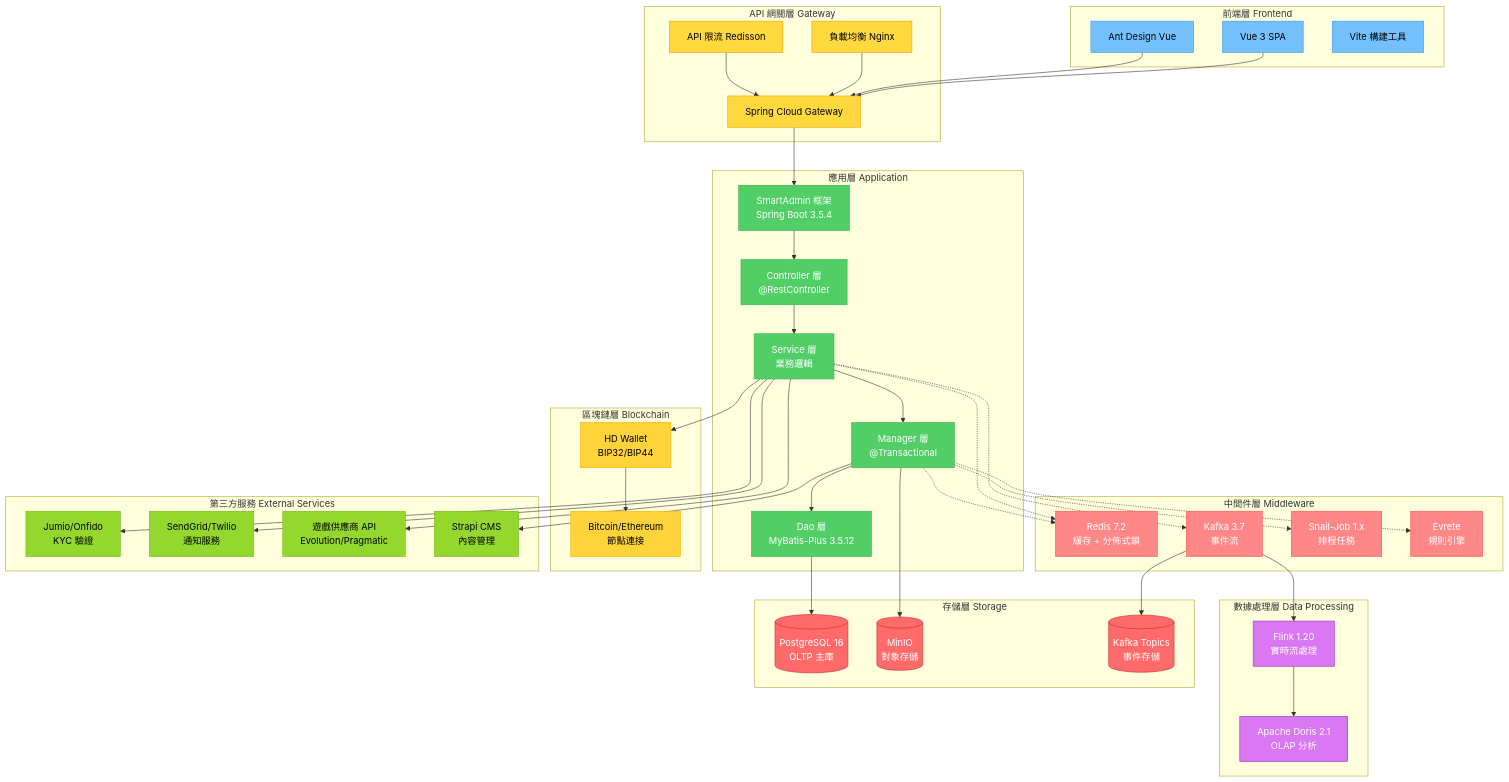
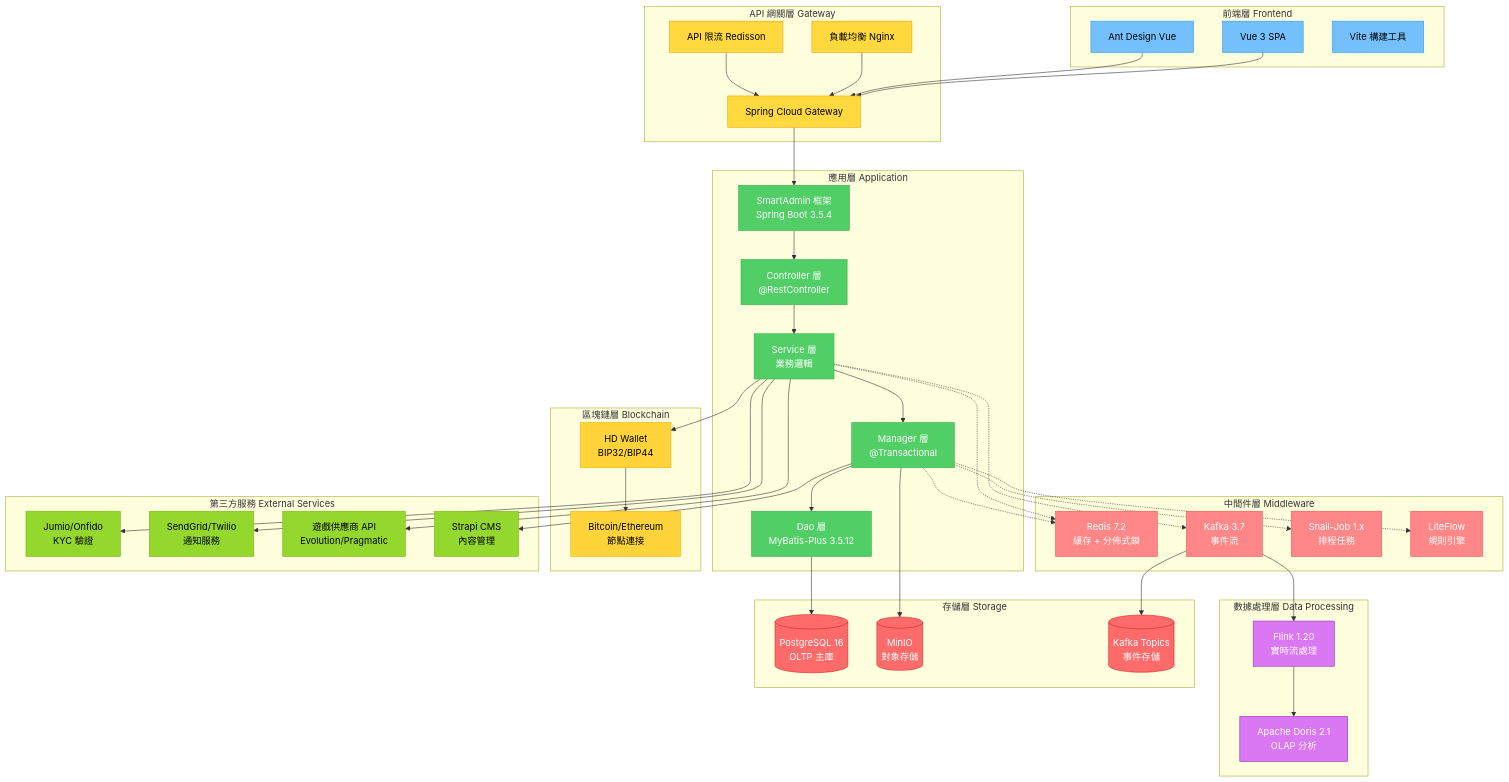
One commit to ron03wlb/smart-admin changed the diagram in docs/iGame/technical-specs/index.md. Above: the diagram before and after it, drawn with Mermaid. The commit also changed other lines of this file and 20 other files, not shown here.

First line of the commit message:
docs(iGame): migrate from Evrete to LiteFlow flow orchestration engine

```diff
--- a/docs/iGame/technical-specs/index.md
+++ b/docs/iGame/technical-specs/index.md
@@ -298,7 +298,7 @@
         D1[Redis 7.2<br>緩存 + 分佈式鎖]
         D2[Kafka 3.7<br>事件流]
         D3[Snail-Job 1.x<br>排程任務]
-        D4[Evrete<br>規則引擎]
+        D4[LiteFlow<br>規則引擎]
     end
 
     subgraph "數據處理層 Data Processing"
```
